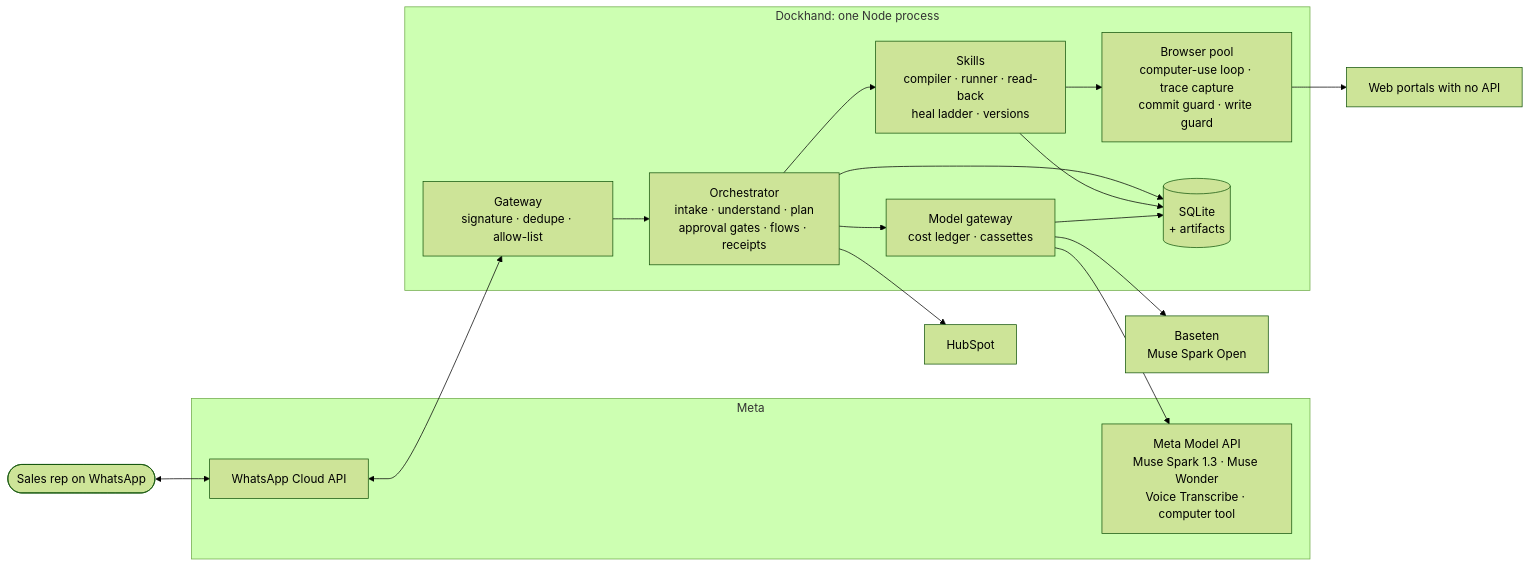
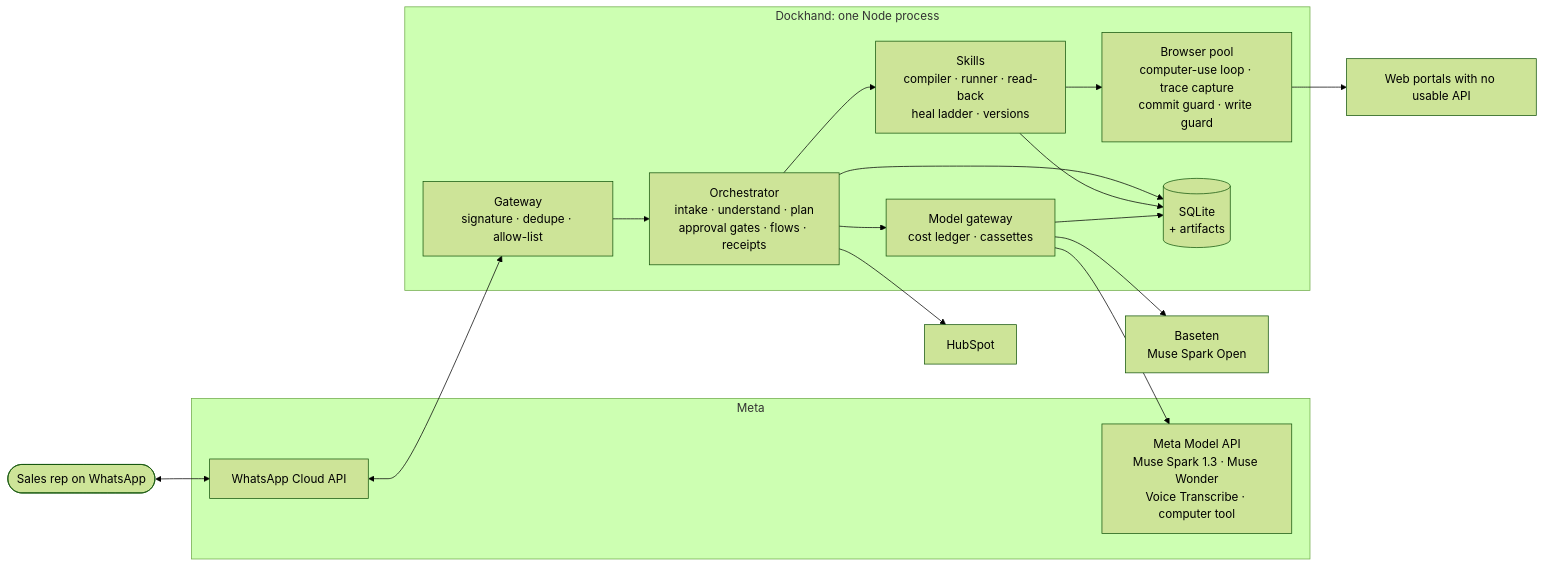
Before and after one commit to rabinsingh123/dockhand: the first of 5 diagrams in docs/ARCHITECTURE.md, drawn with Mermaid (forest theme). The commit also changed 1 other file, not shown here.

Commit message:
README says why, with sources, and what a recorded bot can't do
Canalys, WhatsApp, Dell, Microsoft and the UK supplier, each linked.
"No API" became "no usable API" in the architecture note.

````diff
--- a/docs/ARCHITECTURE.md
+++ b/docs/ARCHITECTURE.md
@@ -9,32 +9,32 @@
 ```mermaid
 flowchart LR
   rep(["Sales rep on WhatsApp"])
   subgraph meta["Meta"]
     wa["WhatsApp Cloud API"]
     api["Meta Model API<br/>Muse Spark 1.3 · Muse Wonder<br/>Voice Transcribe · computer tool"]
   end
   baseten["Baseten<br/>Muse Spark Open"]
   subgraph dh["Dockhand: one Node process"]
     gw["Gateway<br/>signature · dedupe · allow-list"]
     orch["Orchestrator<br/>intake · understand · plan<br/>approval gates · flows · receipts"]
     mg["Model gateway<br/>cost ledger · cassettes"]
     sk["Skills<br/>compiler · runner · read-back<br/>heal ladder · versions"]
     br["Browser pool<br/>computer-use loop · trace capture<br/>commit guard · write guard"]
     db[("SQLite<br/>+ artifacts")]
   end
-  portals["Web portals with no API"]
+  portals["Web portals with no usable API"]
   crm["HubSpot"]
   rep <--> wa
   wa <--> gw
   gw --> orch
   orch --> mg
   mg --> api
   mg --> baseten
   orch --> sk
   sk --> br
   br --> portals
   orch --> crm
   orch --> db
   sk --> db
   mg --> db
 ```
````
